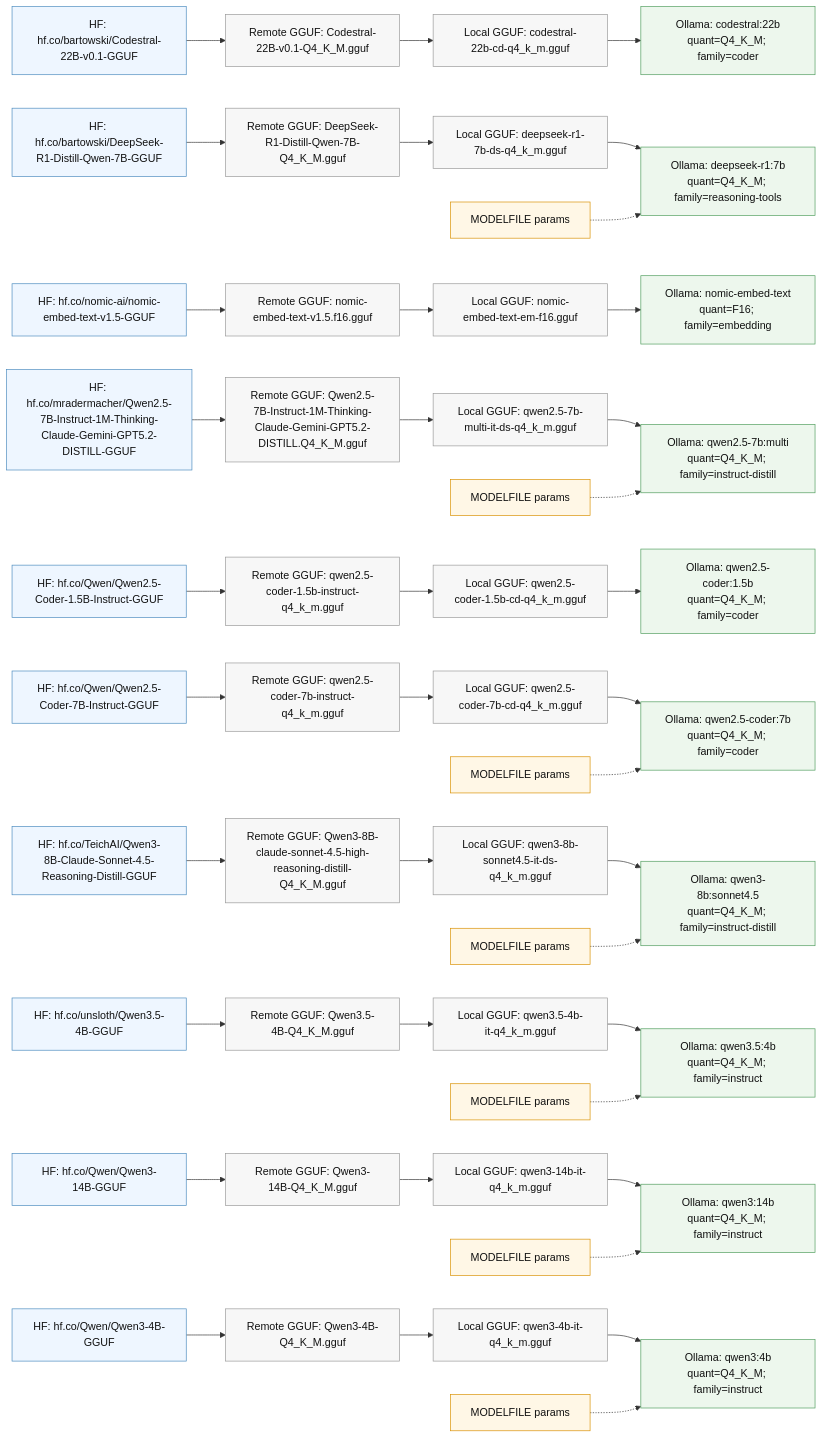
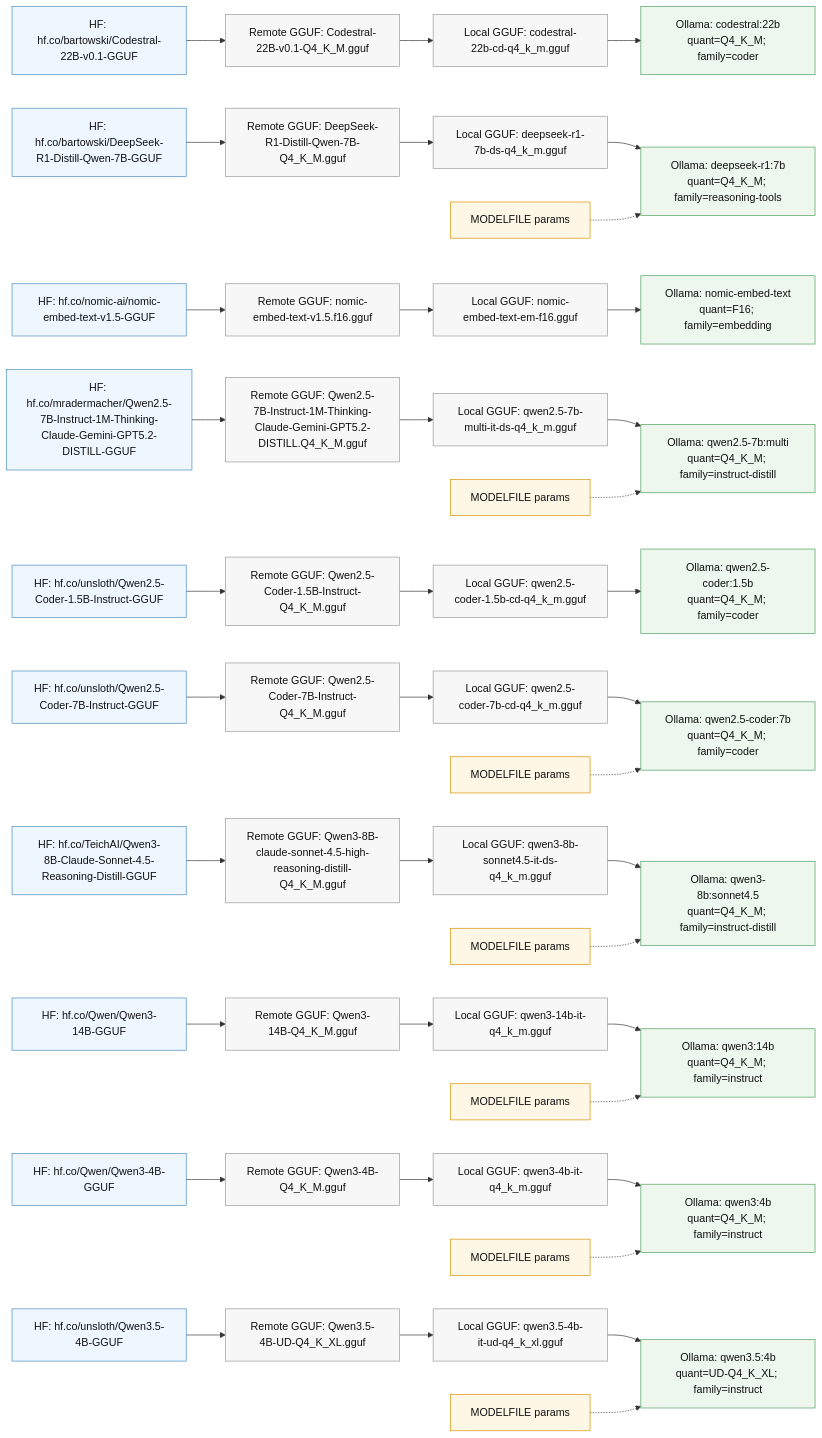
The diagram in ai/profiles/macbook-m1-16gb/model-map.md (isaackehle/settings), drawn with Mermaid before and after one commit. The commit also changed other lines of this file and 19 other files, not shown here.

````diff
--- a/ai/profiles/macbook-m1-16gb/model-map.md
+++ b/ai/profiles/macbook-m1-16gb/model-map.md
@@ -22,71 +22,71 @@
 ```mermaid
 flowchart LR
   classDef hf fill:#eef6ff,stroke:#4b8bbe,color:#111;
   classDef file fill:#f7f7f7,stroke:#999,color:#111;
   classDef ollama fill:#edf7ed,stroke:#4f9d5d,color:#111;
   classDef params fill:#fff7e6,stroke:#d99000,color:#111;
   hf_hf_co_bartowski_Codestral_22B_v0_1_GGUF["HF: hf.co/bartowski/Codestral-22B-v0.1-GGUF"]:::hf
   remote_hf_co_bartowski_Codestral_22B_v0_1_GGUF_Codestral_22B_v0_1_Q4_K_M_gguf["Remote GGUF: Codestral-22B-v0.1-Q4_K_M.gguf"]:::file
   local_codestral_22b_cd_q4_k_m_gguf["Local GGUF: codestral-22b-cd-q4_k_m.gguf"]:::file
   ollama_codestral_22b["Ollama: codestral:22b\nquant=Q4_K_M; family=coder"]:::ollama
   hf_hf_co_bartowski_Codestral_22B_v0_1_GGUF --> remote_hf_co_bartowski_Codestral_22B_v0_1_GGUF_Codestral_22B_v0_1_Q4_K_M_gguf --> local_codestral_22b_cd_q4_k_m_gguf --> ollama_codestral_22b
   hf_hf_co_bartowski_DeepSeek_R1_Distill_Qwen_7B_GGUF["HF: hf.co/bartowski/DeepSeek-R1-Distill-Qwen-7B-GGUF"]:::hf
   remote_hf_co_bartowski_DeepSeek_R1_Distill_Qwen_7B_GGUF_DeepSeek_R1_Distill_Qwen_7B_Q4_K_M_gguf["Remote GGUF: DeepSeek-R1-Distill-Qwen-7B-Q4_K_M.gguf"]:::file
   local_deepseek_r1_7b_ds_q4_k_m_gguf["Local GGUF: deepseek-r1-7b-ds-q4_k_m.gguf"]:::file
   ollama_deepseek_r1_7b["Ollama: deepseek-r1:7b\nquant=Q4_K_M; family=reasoning-tools"]:::ollama
   hf_hf_co_bartowski_DeepSeek_R1_Distill_Qwen_7B_GGUF --> remote_hf_co_bartowski_DeepSeek_R1_Distill_Qwen_7B_GGUF_DeepSeek_R1_Distill_Qwen_7B_Q4_K_M_gguf --> local_deepseek_r1_7b_ds_q4_k_m_gguf --> ollama_deepseek_r1_7b
   params_deepseek_r1_7b["MODELFILE params"]:::params
   params_deepseek_r1_7b -.-> ollama_deepseek_r1_7b
   hf_hf_co_nomic_ai_nomic_embed_text_v1_5_GGUF["HF: hf.co/nomic-ai/nomic-embed-text-v1.5-GGUF"]:::hf
   remote_hf_co_nomic_ai_nomic_embed_text_v1_5_GGUF_nomic_embed_text_v1_5_f16_gguf["Remote GGUF: nomic-embed-text-v1.5.f16.gguf"]:::file
   local_nomic_embed_text_em_f16_gguf["Local GGUF: nomic-embed-text-em-f16.gguf"]:::file
   ollama_nomic_embed_text["Ollama: nomic-embed-text\nquant=F16; family=embedding"]:::ollama
   hf_hf_co_nomic_ai_nomic_embed_text_v1_5_GGUF --> remote_hf_co_nomic_ai_nomic_embed_text_v1_5_GGUF_nomic_embed_text_v1_5_f16_gguf --> local_nomic_embed_text_em_f16_gguf --> ollama_nomic_embed_text
   hf_hf_co_mradermacher_Qwen2_5_7B_Instruct_1M_Thinking_Claude_Gemini_GPT5_2_DISTILL_GGUF["HF: hf.co/mradermacher/Qwen2.5-7B-Instruct-1M-Thinking-Claude-Gemini-GPT5.2-DISTILL-GGUF"]:::hf
   remote_hf_co_mradermacher_Qwen2_5_7B_Instruct_1M_Thinking_Claude_Gemini_GPT5_2_DISTILL_GGUF_Qwen2_5_7B_Instruct_1M_Thinking_Claude_Gemini_GPT5_2_DISTILL_Q4_K_M_gguf["Remote GGUF: Qwen2.5-7B-Instruct-1M-Thinking-Claude-Gemini-GPT5.2-DISTILL.Q4_K_M.gguf"]:::file
   local_qwen2_5_7b_multi_it_ds_q4_k_m_gguf["Local GGUF: qwen2.5-7b-multi-it-ds-q4_k_m.gguf"]:::file
   ollama_qwen2_5_7b_multi["Ollama: qwen2.5-7b:multi\nquant=Q4_K_M; family=instruct-distill"]:::ollama
   hf_hf_co_mradermacher_Qwen2_5_7B_Instruct_1M_Thinking_Claude_Gemini_GPT5_2_DISTILL_GGUF --> remote_hf_co_mradermacher_Qwen2_5_7B_Instruct_1M_Thinking_Claude_Gemini_GPT5_2_DISTILL_GGUF_Qwen2_5_7B_Instruct_1M_Thinking_Claude_Gemini_GPT5_2_DISTILL_Q4_K_M_gguf --> local_qwen2_5_7b_multi_it_ds_q4_k_m_gguf --> ollama_qwen2_5_7b_multi
   params_qwen2_5_7b_multi["MODELFILE params"]:::params
   params_qwen2_5_7b_multi -.-> ollama_qwen2_5_7b_multi
-  hf_hf_co_Qwen_Qwen2_5_Coder_1_5B_Instruct_GGUF["HF: hf.co/Qwen/Qwen2.5-Coder-1.5B-Instruct-GGUF"]:::hf
-  remote_hf_co_Qwen_Qwen2_5_Coder_1_5B_Instruct_GGUF_qwen2_5_coder_1_5b_instruct_q4_k_m_gguf["Remote GGUF: qwen2.5-coder-1.5b-instruct-q4_k_m.gguf"]:::file
+  hf_hf_co_unsloth_Qwen2_5_Coder_1_5B_Instruct_GGUF["HF: hf.co/unsloth/Qwen2.5-Coder-1.5B-Instruct-GGUF"]:::hf
+  remote_hf_co_unsloth_Qwen2_5_Coder_1_5B_Instruct_GGUF_Qwen2_5_Coder_1_5B_Instruct_Q4_K_M_gguf["Remote GGUF: Qwen2.5-Coder-1.5B-Instruct-Q4_K_M.gguf"]:::file
   local_qwen2_5_coder_1_5b_cd_q4_k_m_gguf["Local GGUF: qwen2.5-coder-1.5b-cd-q4_k_m.gguf"]:::file
   ollama_qwen2_5_coder_1_5b["Ollama: qwen2.5-coder:1.5b\nquant=Q4_K_M; family=coder"]:::ollama
-  hf_hf_co_Qwen_Qwen2_5_Coder_1_5B_Instruct_GGUF --> remote_hf_co_Qwen_Qwen2_5_Coder_1_5B_Instruct_GGUF_qwen2_5_coder_1_5b_instruct_q4_k_m_gguf --> local_qwen2_5_coder_1_5b_cd_q4_k_m_gguf --> ollama_qwen2_5_coder_1_5b
-  hf_hf_co_Qwen_Qwen2_5_Coder_7B_Instruct_GGUF["HF: hf.co/Qwen/Qwen2.5-Coder-7B-Instruct-GGUF"]:::hf
-  remote_hf_co_Qwen_Qwen2_5_Coder_7B_Instruct_GGUF_qwen2_5_coder_7b_instruct_q4_k_m_gguf["Remote GGUF: qwen2.5-coder-7b-instruct-q4_k_m.gguf"]:::file
+  hf_hf_co_unsloth_Qwen2_5_Coder_1_5B_Instruct_GGUF --> remote_hf_co_unsloth_Qwen2_5_Coder_1_5B_Instruct_GGUF_Qwen2_5_Coder_1_5B_Instruct_Q4_K_M_gguf --> local_qwen2_5_coder_1_5b_cd_q4_k_m_gguf --> ollama_qwen2_5_coder_1_5b
+  hf_hf_co_unsloth_Qwen2_5_Coder_7B_Instruct_GGUF["HF: hf.co/unsloth/Qwen2.5-Coder-7B-Instruct-GGUF"]:::hf
+  remote_hf_co_unsloth_Qwen2_5_Coder_7B_Instruct_GGUF_Qwen2_5_Coder_7B_Instruct_Q4_K_M_gguf["Remote GGUF: Qwen2.5-Coder-7B-Instruct-Q4_K_M.gguf"]:::file
   local_qwen2_5_coder_7b_cd_q4_k_m_gguf["Local GGUF: qwen2.5-coder-7b-cd-q4_k_m.gguf"]:::file
   ollama_qwen2_5_coder_7b["Ollama: qwen2.5-coder:7b\nquant=Q4_K_M; family=coder"]:::ollama
-  hf_hf_co_Qwen_Qwen2_5_Coder_7B_Instruct_GGUF --> remote_hf_co_Qwen_Qwen2_5_Coder_7B_Instruct_GGUF_qwen2_5_coder_7b_instruct_q4_k_m_gguf --> local_qwen2_5_coder_7b_cd_q4_k_m_gguf --> ollama_qwen2_5_coder_7b
+  hf_hf_co_unsloth_Qwen2_5_Coder_7B_Instruct_GGUF --> remote_hf_co_unsloth_Qwen2_5_Coder_7B_Instruct_GGUF_Qwen2_5_Coder_7B_Instruct_Q4_K_M_gguf --> local_qwen2_5_coder_7b_cd_q4_k_m_gguf --> ollama_qwen2_5_coder_7b
   params_qwen2_5_coder_7b["MODELFILE params"]:::params
   params_qwen2_5_coder_7b -.-> ollama_qwen2_5_coder_7b
   hf_hf_co_TeichAI_Qwen3_8B_Claude_Sonnet_4_5_Reasoning_Distill_GGUF["HF: hf.co/TeichAI/Qwen3-8B-Claude-Sonnet-4.5-Reasoning-Distill-GGUF"]:::hf
   remote_hf_co_TeichAI_Qwen3_8B_Claude_Sonnet_4_5_Reasoning_Distill_GGUF_Qwen3_8B_claude_sonnet_4_5_high_reasoning_distill_Q4_K_M_gguf["Remote GGUF: Qwen3-8B-claude-sonnet-4.5-high-reasoning-distill-Q4_K_M.gguf"]:::file
   local_qwen3_8b_sonnet4_5_it_ds_q4_k_m_gguf["Local GGUF: qwen3-8b-sonnet4.5-it-ds-q4_k_m.gguf"]:::file
   ollama_qwen3_8b_sonnet4_5["Ollama: qwen3-8b:sonnet4.5\nquant=Q4_K_M; family=instruct-distill"]:::ollama
   hf_hf_co_TeichAI_Qwen3_8B_Claude_Sonnet_4_5_Reasoning_Distill_GGUF --> remote_hf_co_TeichAI_Qwen3_8B_Claude_Sonnet_4_5_Reasoning_Distill_GGUF_Qwen3_8B_claude_sonnet_4_5_high_reasoning_distill_Q4_K_M_gguf --> local_qwen3_8b_sonnet4_5_it_ds_q4_k_m_gguf --> ollama_qwen3_8b_sonnet4_5
   params_qwen3_8b_sonnet4_5["MODELFILE params"]:::params
   params_qwen3_8b_sonnet4_5 -.-> ollama_qwen3_8b_sonnet4_5
-  hf_hf_co_unsloth_Qwen3_5_4B_GGUF["HF: hf.co/unsloth/Qwen3.5-4B-GGUF"]:::hf
-  remote_hf_co_unsloth_Qwen3_5_4B_GGUF_Qwen3_5_4B_Q4_K_M_gguf["Remote GGUF: Qwen3.5-4B-Q4_K_M.gguf"]:::file
-  local_qwen3_5_4b_it_q4_k_m_gguf["Local GGUF: qwen3.5-4b-it-q4_k_m.gguf"]:::file
-  ollama_qwen3_5_4b["Ollama: qwen3.5:4b\nquant=Q4_K_M; family=instruct"]:::ollama
-  hf_hf_co_unsloth_Qwen3_5_4B_GGUF --> remote_hf_co_unsloth_Qwen3_5_4B_GGUF_Qwen3_5_4B_Q4_K_M_gguf --> local_qwen3_5_4b_it_q4_k_m_gguf --> ollama_qwen3_5_4b
-  params_qwen3_5_4b["MODELFILE params"]:::params
-  params_qwen3_5_4b -.-> ollama_qwen3_5_4b
   hf_hf_co_Qwen_Qwen3_14B_GGUF["HF: hf.co/Qwen/Qwen3-14B-GGUF"]:::hf
   remote_hf_co_Qwen_Qwen3_14B_GGUF_Qwen3_14B_Q4_K_M_gguf["Remote GGUF: Qwen3-14B-Q4_K_M.gguf"]:::file
   local_qwen3_14b_it_q4_k_m_gguf["Local GGUF: qwen3-14b-it-q4_k_m.gguf"]:::file
   ollama_qwen3_14b["Ollama: qwen3:14b\nquant=Q4_K_M; family=instruct"]:::ollama
   hf_hf_co_Qwen_Qwen3_14B_GGUF --> remote_hf_co_Qwen_Qwen3_14B_GGUF_Qwen3_14B_Q4_K_M_gguf --> local_qwen3_14b_it_q4_k_m_gguf --> ollama_qwen3_14b
   params_qwen3_14b["MODELFILE params"]:::params
   params_qwen3_14b -.-> ollama_qwen3_14b
   hf_hf_co_Qwen_Qwen3_4B_GGUF["HF: hf.co/Qwen/Qwen3-4B-GGUF"]:::hf
   remote_hf_co_Qwen_Qwen3_4B_GGUF_Qwen3_4B_Q4_K_M_gguf["Remote GGUF: Qwen3-4B-Q4_K_M.gguf"]:::file
   local_qwen3_4b_it_q4_k_m_gguf["Local GGUF: qwen3-4b-it-q4_k_m.gguf"]:::file
   ollama_qwen3_4b["Ollama: qwen3:4b\nquant=Q4_K_M; family=instruct"]:::ollama
   hf_hf_co_Qwen_Qwen3_4B_GGUF --> remote_hf_co_Qwen_Qwen3_4B_GGUF_Qwen3_4B_Q4_K_M_gguf --> local_qwen3_4b_it_q4_k_m_gguf --> ollama_qwen3_4b
   params_qwen3_4b["MODELFILE params"]:::params
   params_qwen3_4b -.-> ollama_qwen3_4b
+  hf_hf_co_unsloth_Qwen3_5_4B_GGUF["HF: hf.co/unsloth/Qwen3.5-4B-GGUF"]:::hf
+  remote_hf_co_unsloth_Qwen3_5_4B_GGUF_Qwen3_5_4B_UD_Q4_K_XL_gguf["Remote GGUF: Qwen3.5-4B-UD-Q4_K_XL.gguf"]:::file
+  local_qwen3_5_4b_it_ud_q4_k_xl_gguf["Local GGUF: qwen3.5-4b-it-ud-q4_k_xl.gguf"]:::file
+  ollama_qwen3_5_4b["Ollama: qwen3.5:4b\nquant=UD-Q4_K_XL; family=instruct"]:::ollama
+  hf_hf_co_unsloth_Qwen3_5_4B_GGUF --> remote_hf_co_unsloth_Qwen3_5_4B_GGUF_Qwen3_5_4B_UD_Q4_K_XL_gguf --> local_qwen3_5_4b_it_ud_q4_k_xl_gguf --> ollama_qwen3_5_4b
+  params_qwen3_5_4b["MODELFILE params"]:::params
+  params_qwen3_5_4b -.-> ollama_qwen3_5_4b
 ```
````
